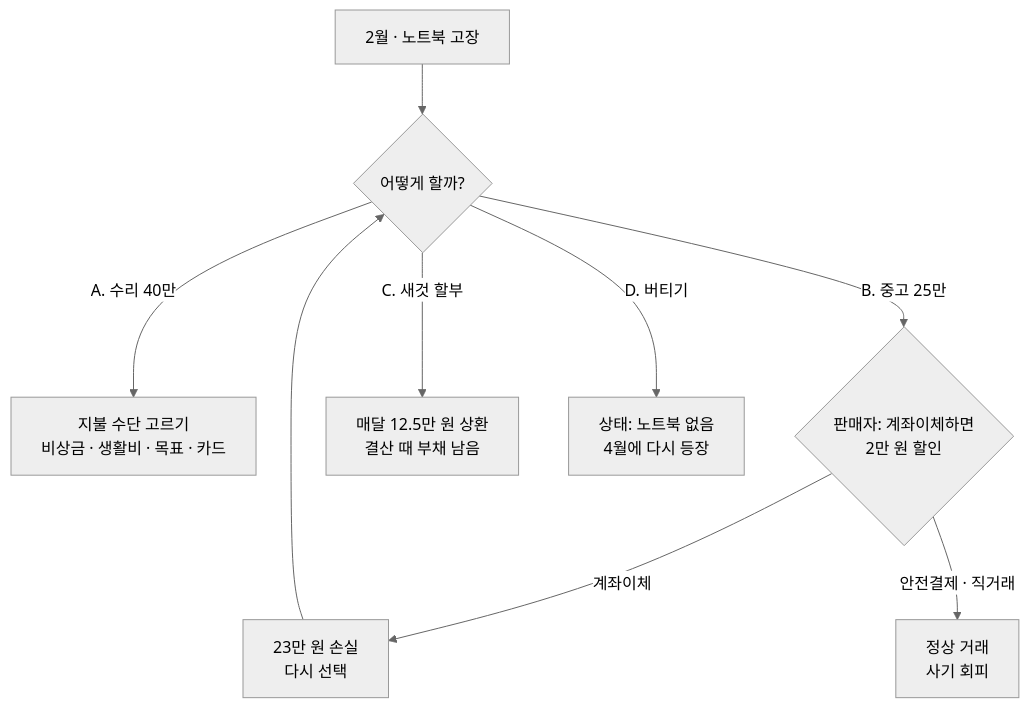
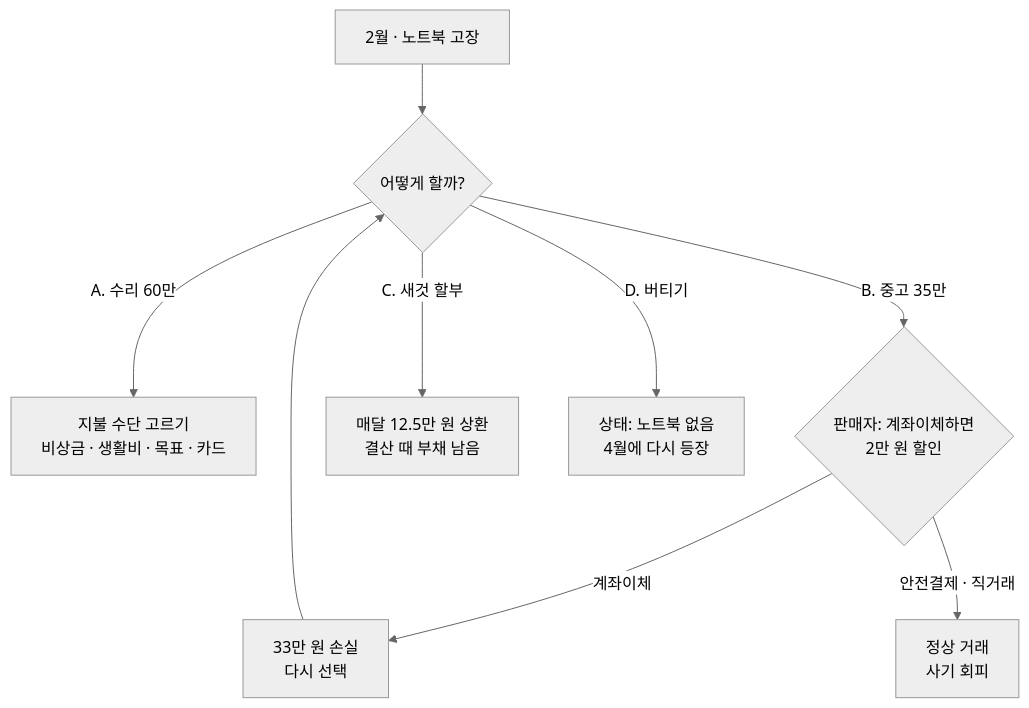
The fourth of 4 diagrams in 가계부-시나리오-수업-기획서.md (tasoo-oos/computer-subject-teaching-team-12-meterial), drawn with Mermaid (neutral theme) before and after one commit. The commit also changed other lines of this file and 69 other files, not shown here.

````diff
--- a/가계부-시나리오-수업-기획서.md
+++ b/가계부-시나리오-수업-기획서.md
@@ -512,11 +512,11 @@
 ```mermaid
 flowchart TD
     E["2월 · 노트북 고장"] --> Q{"어떻게 할까?"}
-    Q -->|"A. 수리 40만"| PAY["지불 수단 고르기<br/>비상금 · 생활비 · 목표 · 카드"]
-    Q -->|"B. 중고 25만"| T{"판매자: 계좌이체하면<br/>2만 원 할인"}
+    Q -->|"A. 수리 60만"| PAY["지불 수단 고르기<br/>비상금 · 생활비 · 목표 · 카드"]
+    Q -->|"B. 중고 35만"| T{"판매자: 계좌이체하면<br/>2만 원 할인"}
     Q -->|"C. 새것 할부"| C["매달 12.5만 원 상환<br/>결산 때 부채 남음"]
     Q -->|"D. 버티기"| D["상태: 노트북 없음<br/>4월에 다시 등장"]
-    T -->|"계좌이체"| L["23만 원 손실<br/>다시 선택"]
+    T -->|"계좌이체"| L["33만 원 손실<br/>다시 선택"]
     T -->|"안전결제 · 직거래"| OK["정상 거래<br/>사기 회피"]
     L --> Q
 ```
````
